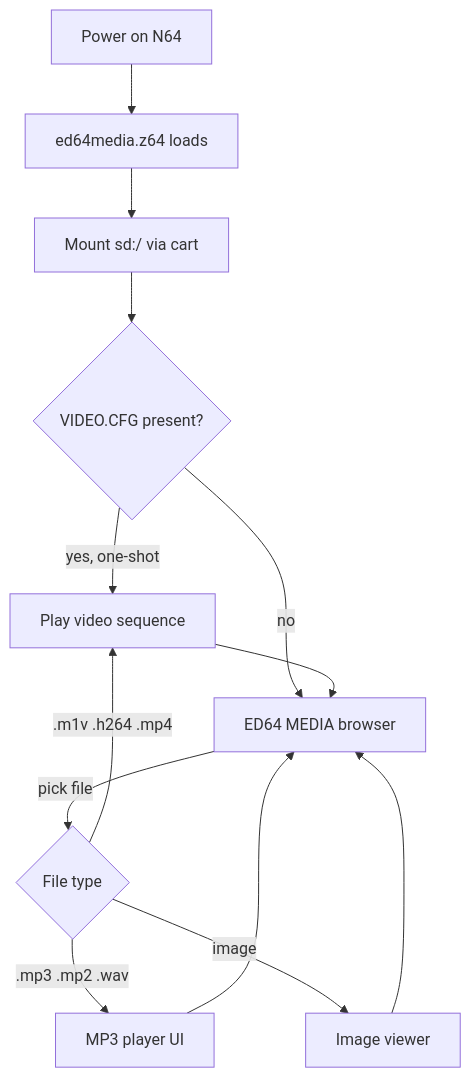
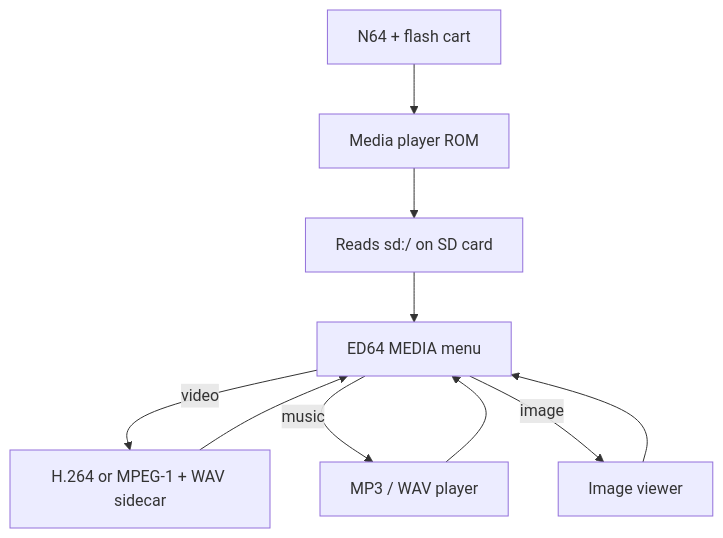
Before and after one commit to lewilou22/N64-Media-Player: the diagram in README.md, drawn with Mermaid. The commit also changed other lines of this file, not shown here.

````diff
--- a/README.md
+++ b/README.md
@@ -28,15 +150,12 @@
 ```mermaid
 flowchart TD
-    Boot[Power on N64] --> ROM[ed64media.z64 loads]
-    ROM --> SD[Mount sd:/ via cart]
-    SD --> CFG{VIDEO.CFG present?}
-    CFG -->|yes, one-shot| FMV[Play video sequence]
-    CFG -->|no| Menu[ED64 MEDIA browser]
-    Menu -->|pick file| Type{File type}
-    Type -->|.m1v .h264 .mp4| FMV
-    Type -->|.mp3 .mp2 .wav| Music[MP3 player UI]
-    Type -->|image| Img[Image viewer]
+    Boot[N64 + flash cart] --> ROM[Media player ROM]
+    ROM --> SD[Reads sd:/ on SD card]
+    SD --> Menu[ED64 MEDIA menu]
+    Menu -->|video| FMV[H.264 or MPEG-1 + WAV sidecar]
+    Menu -->|music| MP3[MP3 / WAV player]
+    Menu -->|image| Pic[Image viewer]
     FMV --> Menu
-    Music --> Menu
-    Img --> Menu
+    MP3 --> Menu
+    Pic --> Menu
 ```
````
